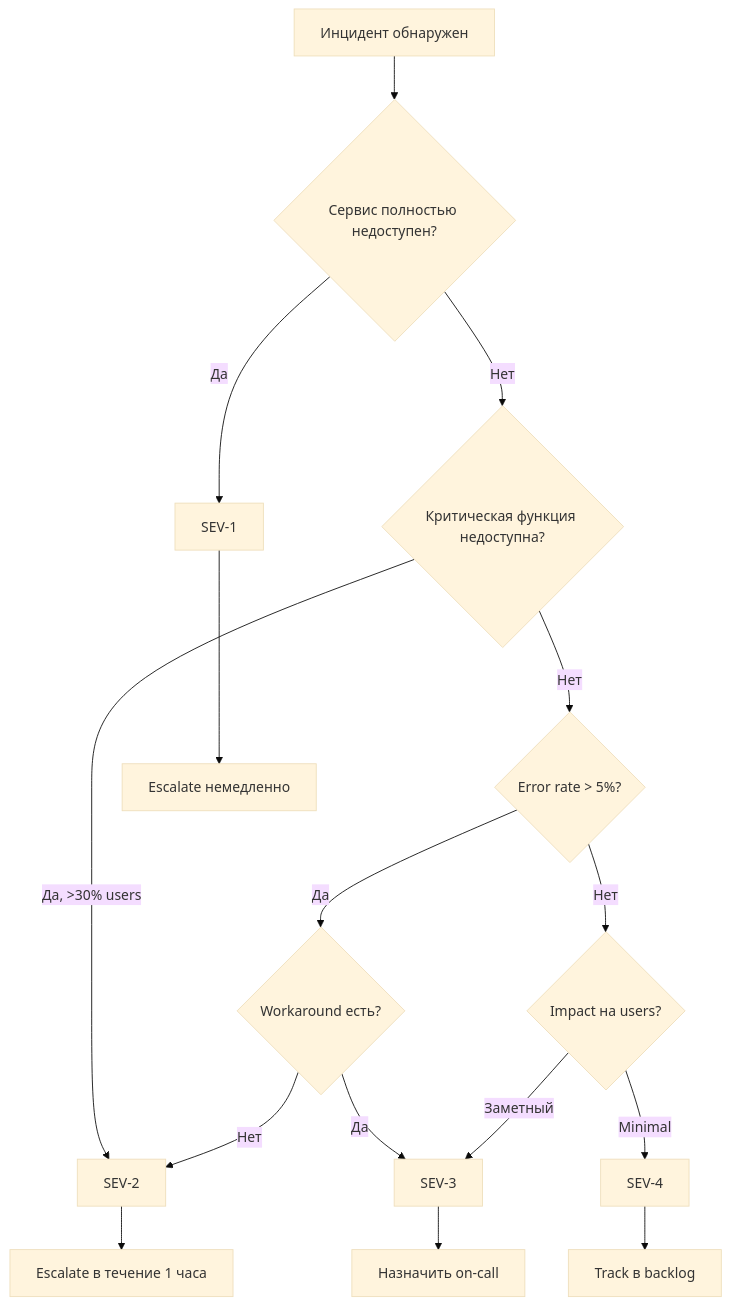
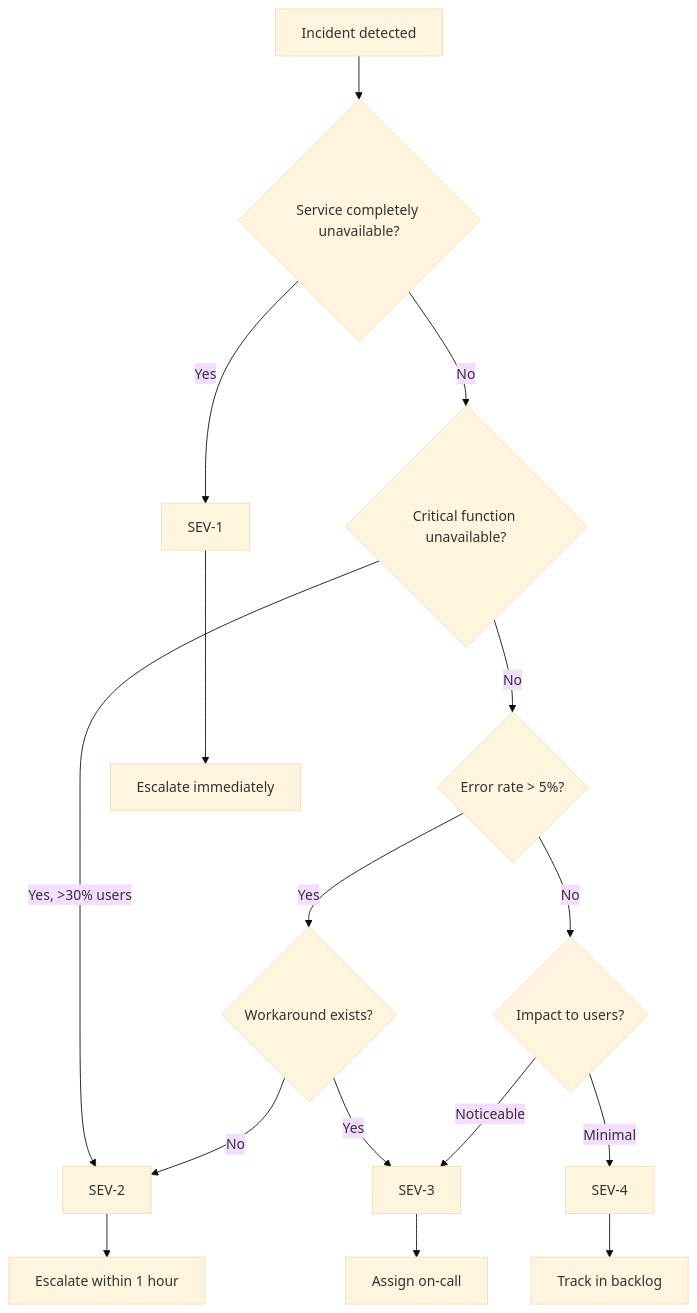
Before and after one commit to Pha6ha007/Salf--Storage-Aggregator: the first of 2 diagrams in docs/operations/incident_response_plan_mvp_v1_FULL.md, drawn with Mermaid (base theme). The commit also changed other lines of this file and 5 other files, not shown here.

````diff
--- a/docs/operations/incident_response_plan_mvp_v1_FULL.md
+++ b/docs/operations/incident_response_plan_mvp_v1_FULL.md
@@ -1099,19 +1099,19 @@
 ```mermaid
 graph TD
-    A[Инцидент обнаружен] --> B{Сервис полностью недоступен?}
-    B -->|Да| C[SEV-1]
-    B -->|Нет| D{Критическая функция недоступна?}
-    D -->|Да, >30% users| E[SEV-2]
-    D -->|Нет| F{Error rate > 5%?}
-    F -->|Да| G{Workaround есть?}
-    G -->|Нет| E
-    G -->|Да| H[SEV-3]
-    F -->|Нет| I{Impact на users?}
+    A[Incident detected] --> B{Service completely unavailable?}
+    B -->|Yes| C[SEV-1]
+    B -->|No| D{Critical function unavailable?}
+    D -->|Yes, >30% users| E[SEV-2]
+    D -->|No| F{Error rate > 5%?}
+    F -->|Yes| G{Workaround exists?}
+    G -->|No| E
+    G -->|Yes| H[SEV-3]
+    F -->|No| I{Impact to users?}
     I -->|Minimal| J[SEV-4]
-    I -->|Заметный| H
-    
-    C --> K[Escalate немедленно]
-    E --> L[Escalate в течение 1 часа]
-    H --> M[Назначить on-call]
-    J --> N[Track в backlog]
+    I -->|Noticeable| H
+
+    C --> K[Escalate immediately]
+    E --> L[Escalate within 1 hour]
+    H --> M[Assign on-call]
+    J --> N[Track in backlog]
 ```
````
